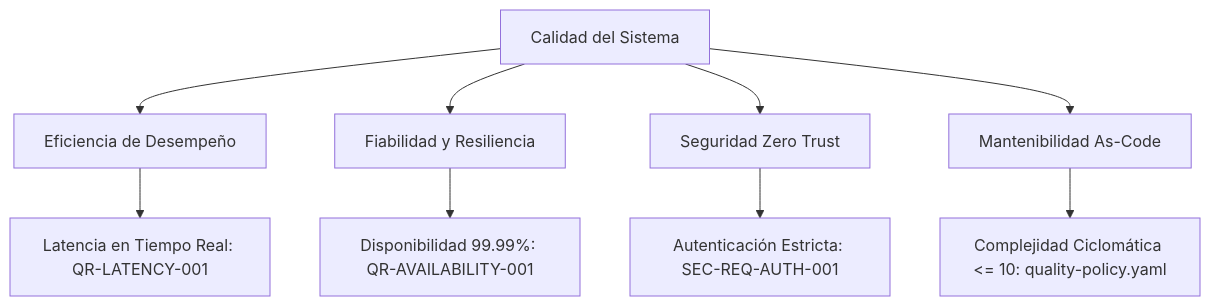
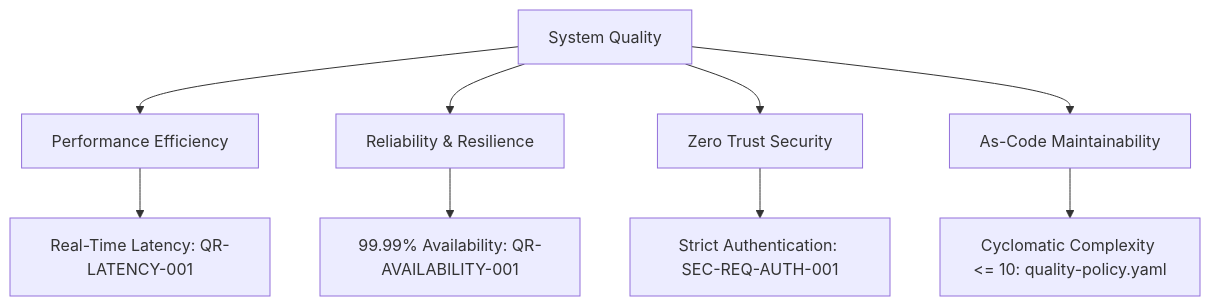
The diagram in templates/architecture/quality-requirements.template.md (altromon/AI-SDLC), drawn with Mermaid before and after one commit. The commit also changed other lines of this file and 125 other files, not shown here.

````diff
--- a/templates/architecture/quality-requirements.template.md
+++ b/templates/architecture/quality-requirements.template.md
@@ -23,12 +23,12 @@
 ```mermaid
 graph TD
-    QualityTree[Calidad del Sistema] --> Performance[Eficiencia de Desempeño]
-    QualityTree --> Reliability[Fiabilidad y Resiliencia]
-    QualityTree --> Security[Seguridad Zero Trust]
-    QualityTree --> Maintainability[Mantenibilidad As-Code]
+    QualityTree[System Quality] --> Performance[Performance Efficiency]
+    QualityTree --> Reliability[Reliability & Resilience]
+    QualityTree --> Security[Zero Trust Security]
+    QualityTree --> Maintainability[As-Code Maintainability]
 
-    Performance --> P1[Latencia en Tiempo Real: QR-LATENCY-001]
-    Reliability --> R1[Disponibilidad 99.99%: QR-AVAILABILITY-001]
-    Security --> S1[Autenticación Estricta: SEC-REQ-AUTH-001]
-    Maintainability --> M1[Complejidad Ciclomática <= 10: quality-policy.yaml]
+    Performance --> P1[Real-Time Latency: QR-LATENCY-001]
+    Reliability --> R1[99.99% Availability: QR-AVAILABILITY-001]
+    Security --> S1[Strict Authentication: SEC-REQ-AUTH-001]
+    Maintainability --> M1[Cyclomatic Complexity <= 10: quality-policy.yaml]
 ```
````
